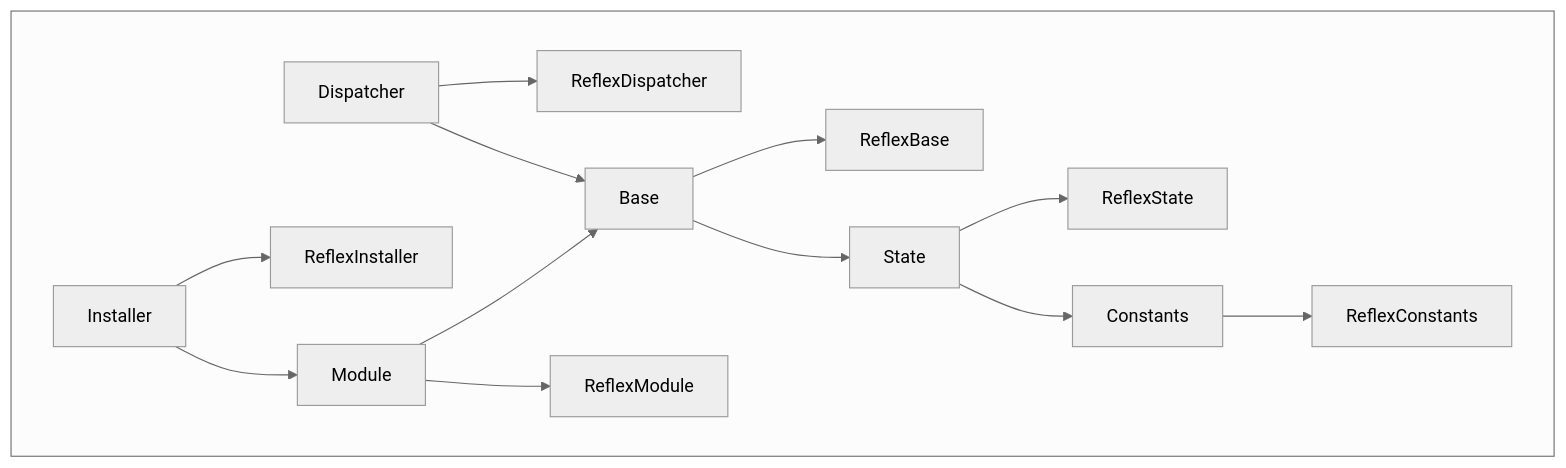
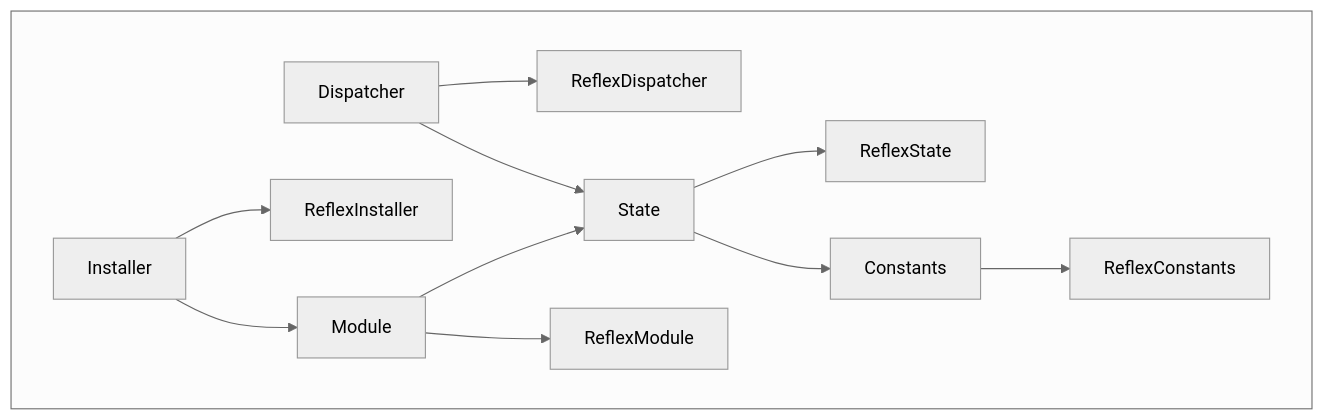
The fifth of 5 diagrams in docs/IMPLEMENTERS.md (chromaxyz/reflex), drawn with Mermaid (neutral theme) before and after one commit. The commit also changed other lines of this file and 2 other files, not shown here.

````diff
--- a/docs/IMPLEMENTERS.md
+++ b/docs/IMPLEMENTERS.md
@@ -241,16 +236,14 @@
 ```mermaid
 graph TD
     subgraph Application [ ]
     Dispatcher --> ReflexDispatcher
-    Dispatcher --> Base
+    Dispatcher --> State
     Installer --> ReflexInstaller
     Installer --> Module
     Module --> ReflexModule
-    Module --> Base
-    Base --> ReflexBase
-    Base --> State
+    Module --> State
     State --> ReflexState
     State --> Constants
     Constants --> ReflexConstants
     end
 ```
````
